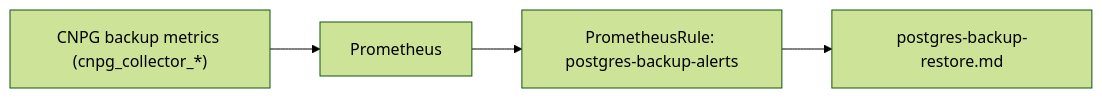
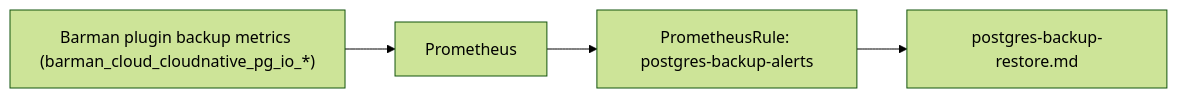
Before and after one commit to duynhlab/homelab: the second of 4 diagrams in docs/databases/006-backup-strategy.md, drawn with Mermaid (forest theme). The commit also changed other lines of this file and 13 other files, not shown here.

First line of the commit message:
Fix CNPG backup alerts and docs drift

````diff
--- a/docs/databases/006-backup-strategy.md
+++ b/docs/databases/006-backup-strategy.md
@@ -83,6 +90,6 @@
 ```mermaid
 flowchart LR
-  CNPGMetrics["CNPG backup metrics (cnpg_collector_*)"] --> Prometheus["Prometheus"]
+  CNPGMetrics["Barman plugin backup metrics (barman_cloud_cloudnative_pg_io_*)"] --> Prometheus["Prometheus"]
   Prometheus --> Rule["PrometheusRule: postgres-backup-alerts"]
   Rule --> Runbook["postgres-backup-restore.md"]
 ```
````
